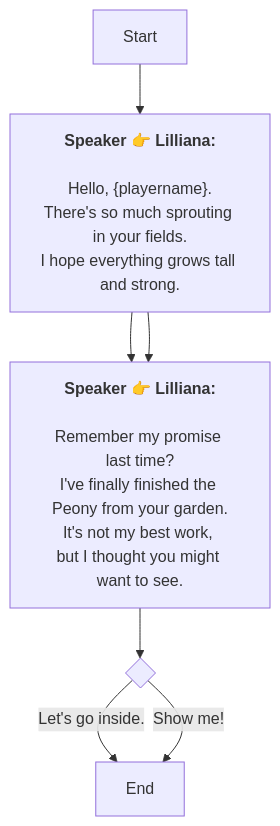
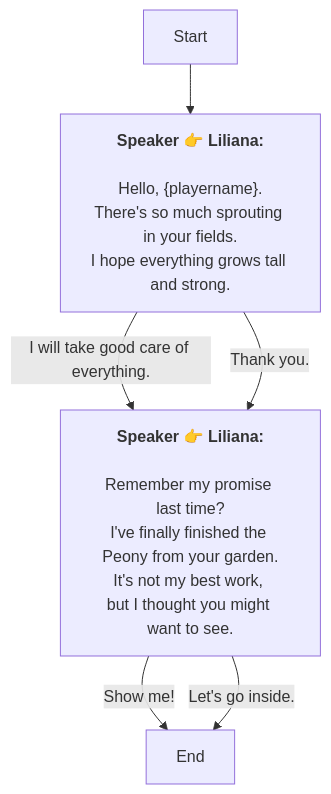
One commit to SoftHu/tos_avg changed the diagram in En/QuestStartTalkENode_1768807868606533.md. Above: the diagram before and after it, drawn with Mermaid. The commit also changed 737 other files, not shown here.

````diff
--- a/En/QuestStartTalkENode_1768807868606533.md
+++ b/En/QuestStartTalkENode_1768807868606533.md
@@ -1,24 +1,16 @@
 ```mermaid
 graph
-Start -->1768807897752649[<b>Speaker 👉 Lilliana:</b>
-
-Hello, &lbrace;playername&rbrace;.
+Start -->1768807897752649[<b>Speaker 👉 Liliana:</b>
+\nHello, &lbrace;playername&rbrace;.
 There's so much sprouting in your fields.
 I hope everything grows tall and strong.]
-1768807897752649 -->1768807897754701[<b>Speaker 👉 Lilliana:</b>
+1768807897752649 -->|I will take good care of everything.|1768807897754701[<b>Speaker 👉 Liliana:</b>
+\nRemember my promise last time?\nI've finally finished the Peony from your garden.\nIt's not my best work, 
+but I thought you might want to see.]
+1768807897752649 -->|Thank you.|1768807897754701[<b>Speaker 👉 Liliana:</b>
+\nRemember my promise last time?\nI've finally finished the Peony from your garden.\nIt's not my best work, 
+but I thought you might want to see.]
+1768807897754701 -->|Show me!|1768807897756753[End]
+1768807897754701 -->|Let's go inside.|1768807897756753[End]
 
-Remember my promise last time?
-I've finally finished the Peony from your garden.
-It's not my best work, 
-but I thought you might want to see.]
-1768807897752649 -->1768807897754701[<b>Speaker 👉 Lilliana:</b>
-
-Remember my promise last time?
-I've finally finished the Peony from your garden.
-It's not my best work, 
-but I thought you might want to see.]
-1768807897754701 -->1768807897755728{ }
-1768807897755728 -->|Let's go inside.|1768807897756753[End]
-1768807897755728 -->|Show me!|1768807897756753[End]
-
- ```
+```
````
